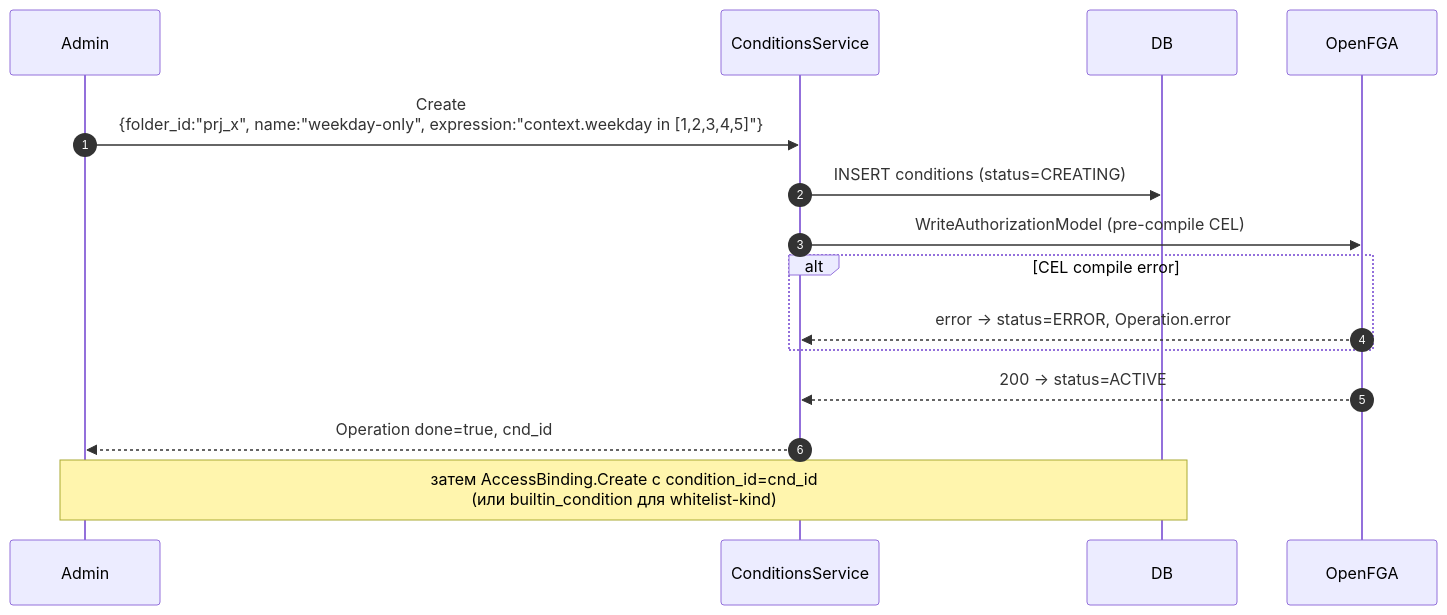
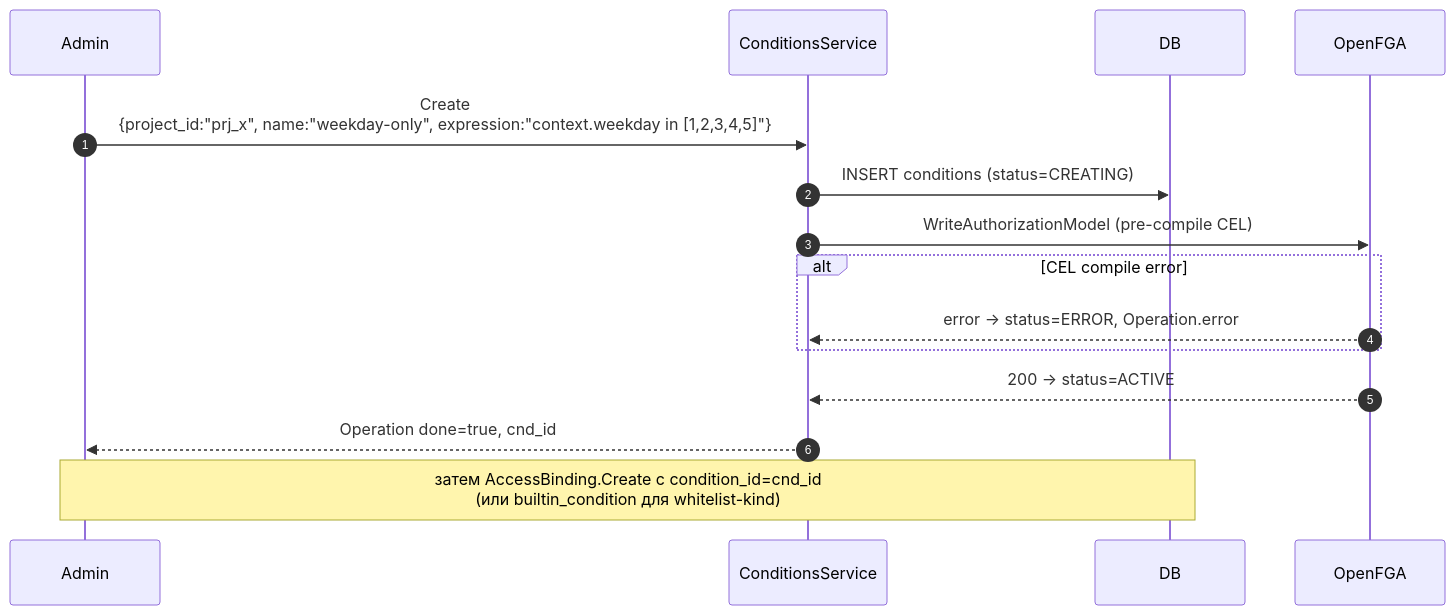
The first of 2 diagrams in services/iam/docs/components/09-conditions.md (PRO-Robotech/kacho), drawn with Mermaid before and after one commit. The commit also changed other lines of this file and 47 other files, not shown here.

````diff
--- a/services/iam/docs/components/09-conditions.md
+++ b/services/iam/docs/components/09-conditions.md
@@ -77,18 +95,18 @@
 ```mermaid
 sequenceDiagram
     autonumber
     participant Admin
     participant IAM as ConditionsService
     participant DB
     participant FGA as OpenFGA
 
-    Admin->>IAM: Create<br/>{folder_id:"prj_x", name:"weekday-only", expression:"context.weekday in [1,2,3,4,5]"}
+    Admin->>IAM: Create<br/>{project_id:"prj_x", name:"weekday-only", expression:"context.weekday in [1,2,3,4,5]"}
     IAM->>DB: INSERT conditions (status=CREATING)
     IAM->>FGA: WriteAuthorizationModel (pre-compile CEL)
     alt CEL compile error
         FGA-->>IAM: error → status=ERROR, Operation.error
     end
     FGA-->>IAM: 200 → status=ACTIVE
     IAM-->>Admin: Operation done=true, cnd_id
     Note over Admin,DB: затем AccessBinding.Create с condition_id=cnd_id<br/>(или builtin_condition для whitelist-kind)
 ```
````
